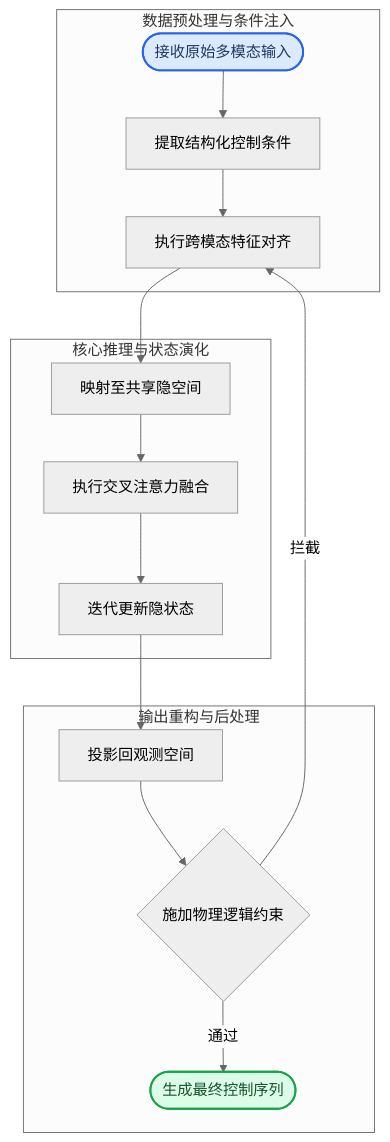
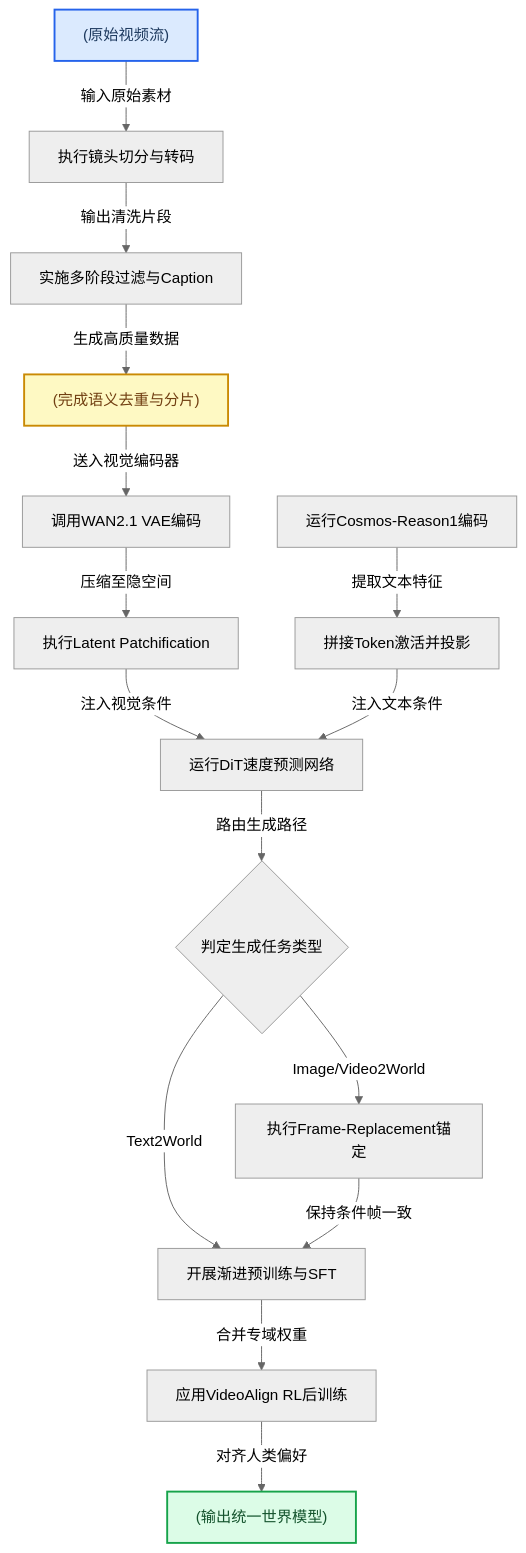
Before and after one commit to ShinewineW/paper-rolling: the third of 10 diagrams in person_vault/2026-06-12_WorldSimulationWithVideoFoundationModels_2511.00062/report.md, drawn with Mermaid (neutral theme). The commit also changed other lines of this file and 51 other files, not shown here.

````diff
--- a/person_vault/2026-06-12_WorldSimulationWithVideoFoundationModels_2511.00062/report.md
+++ b/person_vault/2026-06-12_WorldSimulationWithVideoFoundationModels_2511.00062/report.md
@@ -123,34 +229,32 @@
 ```mermaid
 flowchart TB
-    subgraph data_prep ["数据预处理与条件注入"]
-        raw_input(["接收原始多模态输入"])
-        cond_extract["提取结构化控制条件"]
-        norm_align["执行跨模态特征对齐"]
-    end
-    subgraph core_engine ["核心推理与状态演化"]
-        latent_map["映射至共享隐空间"]
-        attn_fusion["执行交叉注意力融合"]
-        step_update["迭代更新隐状态"]
-    end
-    subgraph output_gen ["输出重构与后处理"]
-        decode_proj["投影回观测空间"]
-        constraint_check{施加物理逻辑约束}
-        final_output(["生成最终控制序列"])
-    end
+    raw_video["(原始视频流)"]:::required
+    split_transcode["执行镜头切分与转码"]
+    filter_caption["实施多阶段过滤与Caption"]
+    dedup_shard["(完成语义去重与分片)"]:::optional
+    vae_encode["调用WAN2.1 VAE编码"]
+    text_encode["运行Cosmos-Reason1编码"]
+    latent_patch["执行Latent Patchification"]
+    text_proj["拼接Token激活并投影"]
+    dit_core["运行DiT速度预测网络"]
+    check_cond{判定生成任务类型}
+    frame_replace["执行Frame-Replacement锚定"]
+    train_stage["开展渐进预训练与SFT"]
+    rl_align["应用VideoAlign RL后训练"]
+    final_model["(输出统一世界模型)"]:::output
 
-    raw_input --> cond_extract
-    cond_extract --> norm_align
-    norm_align --> latent_map
-    latent_map --> attn_fusion
-    attn_fusion --> step_update
-    step_update --> decode_proj
-    decode_proj --> constraint_check
-    constraint_check -->|通过| final_output
-    constraint_check -->|拦截| norm_align
+    raw_video -->|输入原始素材| split_transcode -->|输出清洗片段| filter_caption -->|生成高质量数据| dedup_shard
+    dedup_shard -->|送入视觉编码器| vae_encode -->|压缩至隐空间| latent_patch
+    text_encode -->|提取文本特征| text_proj
+    latent_patch -->|注入视觉条件| dit_core
+    text_proj -->|注入文本条件| dit_core
+    dit_core -->|路由生成路径| check_cond
+    check_cond -->|Image/Video2World| frame_replace
+    check_cond -->|Text2World| train_stage
+    frame_replace -->|保持条件帧一致| train_stage
+    train_stage -->|合并专域权重| rl_align -->|对齐人类偏好| final_model
 
     classDef required fill:#dbeafe,stroke:#2563eb,stroke-width:2px,color:#1e3a5f
     classDef output fill:#dcfce7,stroke:#16a34a,stroke-width:2px,color:#14532d
     classDef optional fill:#fef9c3,stroke:#ca8a04,stroke-width:2px,color:#713f12
-    class raw_input required
-    class final_output output
 ```
````
